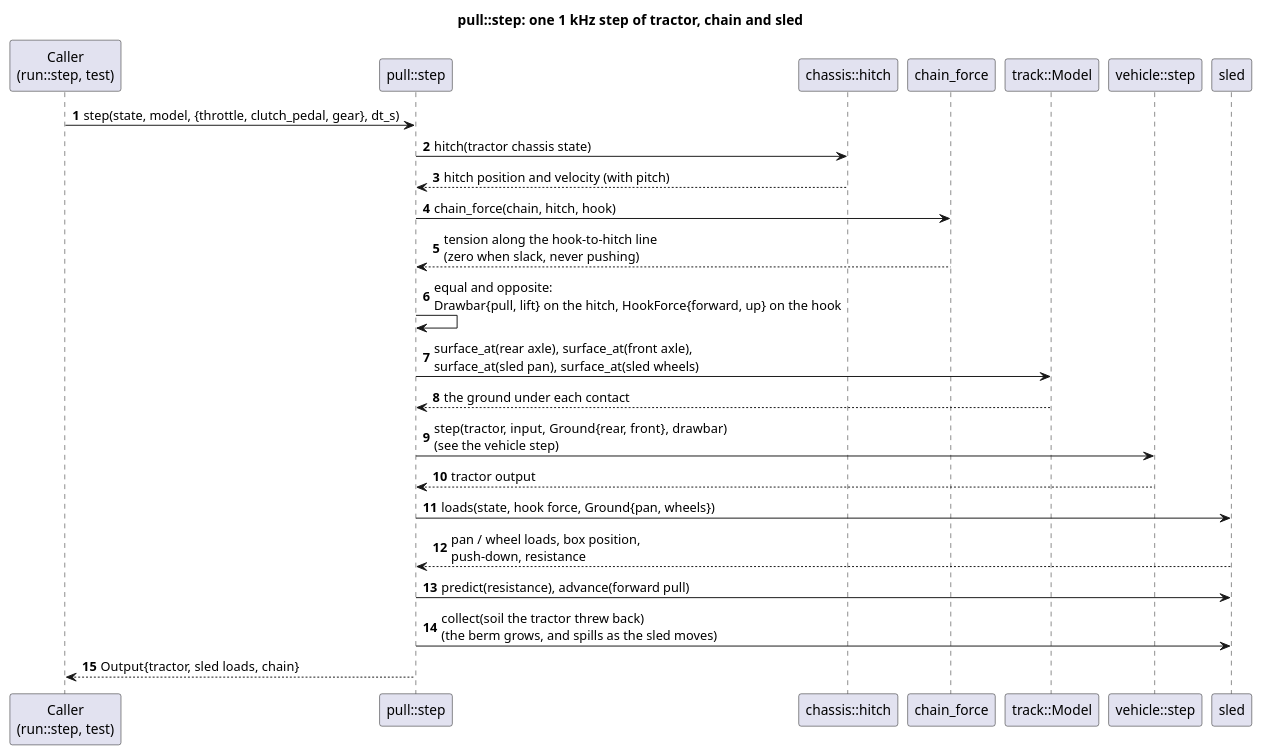
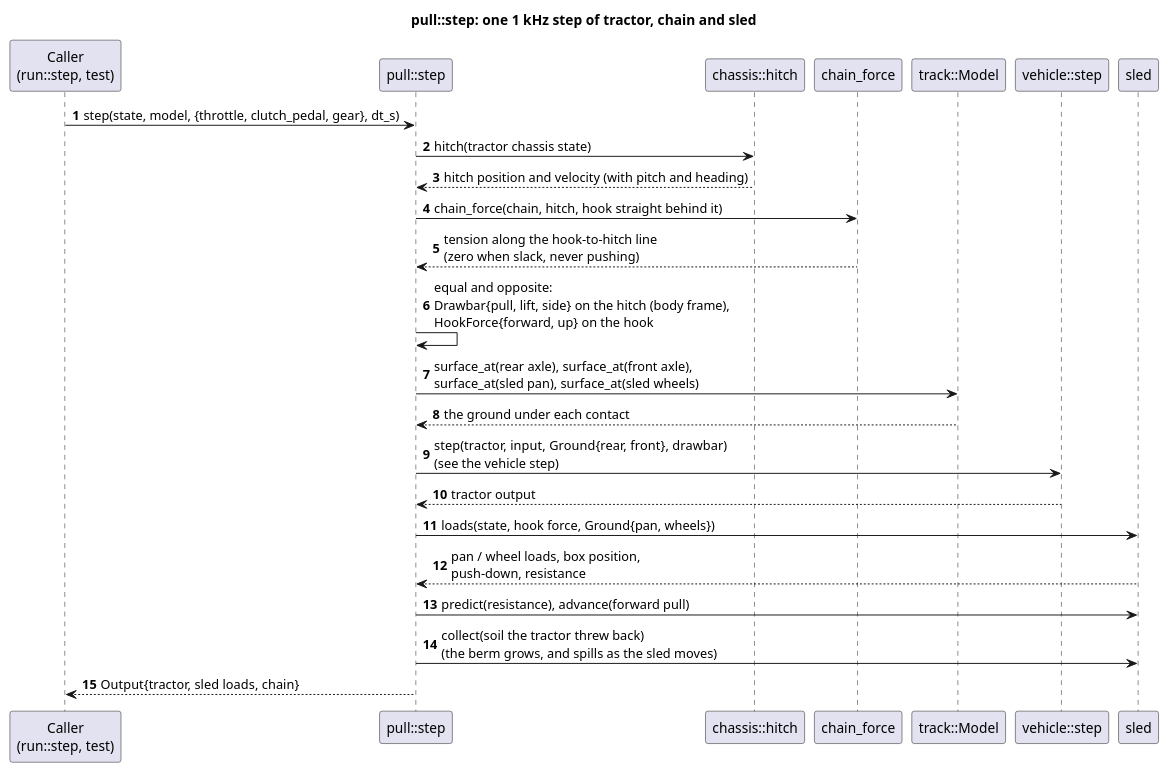
The diagram in docs/diagrams/pull_step_sequence.puml (wversteeg/TractorPulling), drawn with PlantUML before and after one commit. The commit also changed 49 other files, not shown here.

```diff
--- a/docs/diagrams/pull_step_sequence.puml
+++ b/docs/diagrams/pull_step_sequence.puml
@@ -1,27 +1,27 @@
 @startuml pull_step_sequence
 title pull::step: one 1 kHz step of tractor, chain and sled
 autonumber
 participant "Caller\n(run::step, test)" as Caller
 participant "pull::step" as Step
 participant "chassis::hitch" as Hitch
 participant "chain_force" as Chain
 participant "track::Model" as Track
 participant "vehicle::step" as Vehicle
 participant "sled" as Sled
 
 Caller -> Step : step(state, model, {throttle, clutch_pedal, gear}, dt_s)
 Step -> Hitch : hitch(tractor chassis state)
-Hitch --> Step : hitch position and velocity (with pitch)
-Step -> Chain : chain_force(chain, hitch, hook)
+Hitch --> Step : hitch position and velocity (with pitch and heading)
+Step -> Chain : chain_force(chain, hitch, hook straight behind it)
 Chain --> Step : tension along the hook-to-hitch line\n(zero when slack, never pushing)
-Step -> Step : equal and opposite:\nDrawbar{pull, lift} on the hitch, HookForce{forward, up} on the hook
+Step -> Step : equal and opposite:\nDrawbar{pull, lift, side} on the hitch (body frame),\nHookForce{forward, up} on the hook
 Step -> Track : surface_at(rear axle), surface_at(front axle),\nsurface_at(sled pan), surface_at(sled wheels)
 Track --> Step : the ground under each contact
 Step -> Vehicle : step(tractor, input, Ground{rear, front}, drawbar)\n(see the vehicle step)
 Vehicle --> Step : tractor output
 Step -> Sled : loads(state, hook force, Ground{pan, wheels})
 Sled --> Step : pan / wheel loads, box position,\npush-down, resistance
 Step -> Sled : predict(resistance), advance(forward pull)
 Step -> Sled : collect(soil the tractor threw back)\n(the berm grows, and spills as the sled moves)
 Step --> Caller : Output{tractor, sled loads, chain}
 @enduml
```
